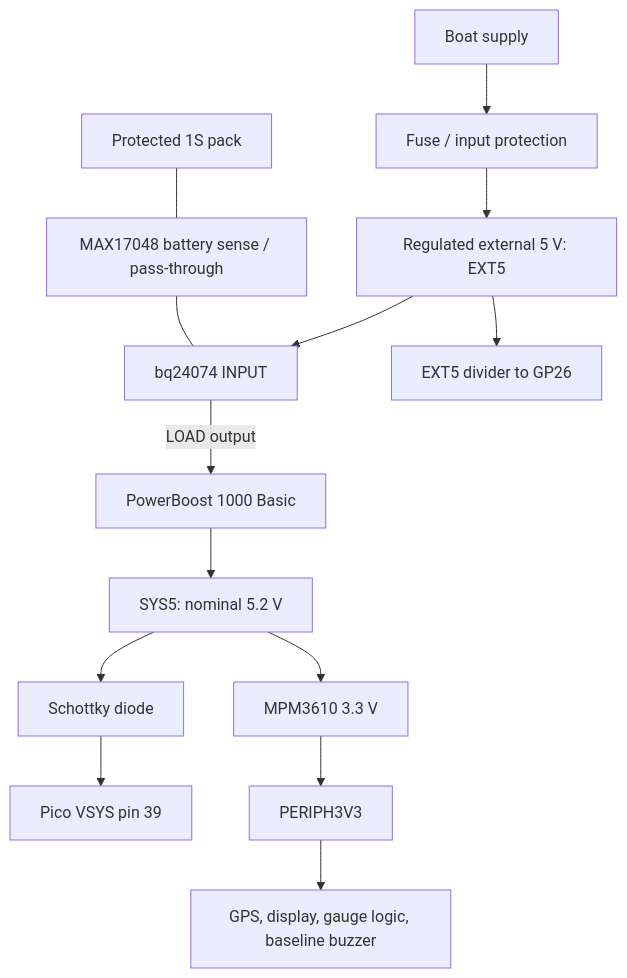
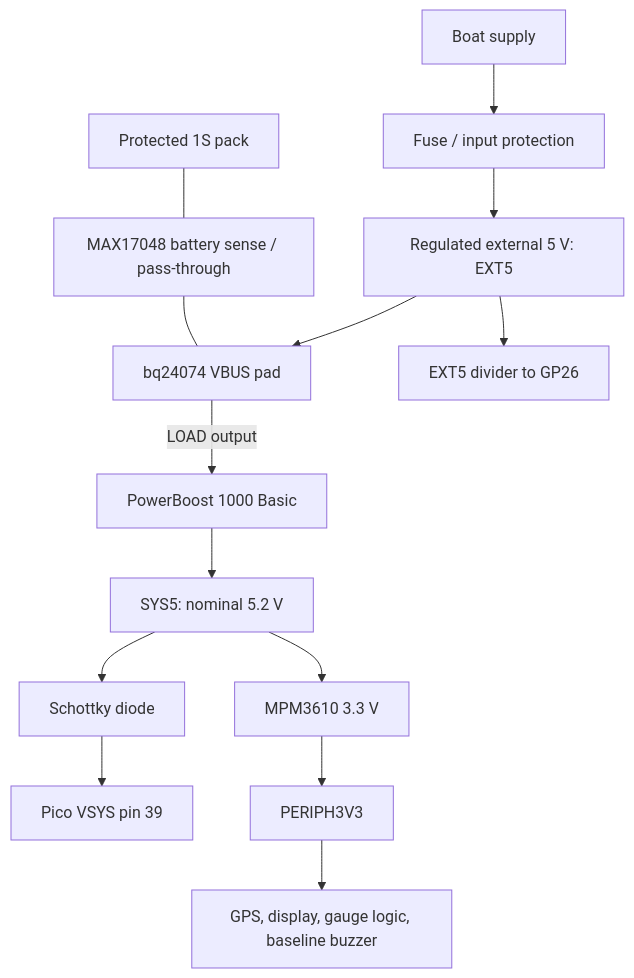
The second of 5 diagrams in docs/pico_2_w_anchor_alarm_build_guide_v2.md (frye/moorpheus), drawn with Mermaid before and after one commit. The commit also changed other lines of this file and 13 other files, not shown here.

````diff
--- a/docs/pico_2_w_anchor_alarm_build_guide_v2.md
+++ b/docs/pico_2_w_anchor_alarm_build_guide_v2.md
@@ -116,16 +116,16 @@
 ```mermaid
 flowchart TD
     BOAT["Boat supply"] --> FUSE["Fuse / input protection"]
     FUSE --> DC["Regulated external 5 V: EXT5"]
-    DC --> CHG["bq24074 INPUT"]
+    DC --> CHG["bq24074 VBUS pad"]
     BAT["Protected 1S pack"] --- FG["MAX17048 battery sense / pass-through"]
     FG --- CHG
     CHG -->|LOAD output| PB["PowerBoost 1000 Basic"]
     PB --> SYS["SYS5: nominal 5.2 V"]
     SYS --> D["Schottky diode"]
     D --> VSYS["Pico VSYS pin 39"]
     SYS --> BUCK["MPM3610 3.3 V"]
     BUCK --> P3["PERIPH3V3"]
     P3 --> LOADS["GPS, display, gauge logic, baseline buzzer"]
     DC --> SENSE["EXT5 divider to GP26"]
 ```
````
